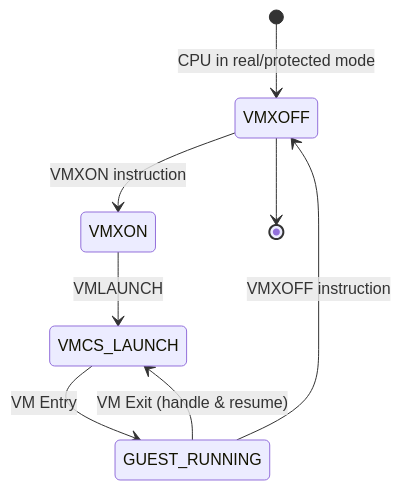
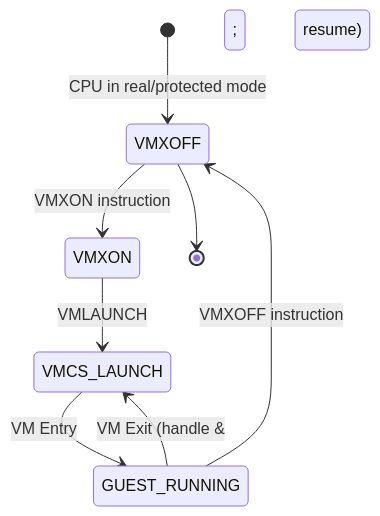
Before and after one commit to Abhinav-Kumar012/lb2: the second of 11 diagrams in src/virtualization/kvm.md, drawn with Mermaid. The commit also changed other lines of this file and 211 other files, not shown here.

First line of the commit message:
fix: mermaid syntax issues across 212 files

````diff
--- a/src/virtualization/kvm.md
+++ b/src/virtualization/kvm.md
@@ -73,10 +73,10 @@
 ```mermaid
 stateDiagram-v2
     [*] --> VMXOFF: CPU in real/protected mode
     VMXOFF --> VMXON: VMXON instruction
     VMXON --> VMCS_LAUNCH: VMLAUNCH
     VMCS_LAUNCH --> GUEST_RUNNING: VM Entry
-    GUEST_RUNNING --> VMCS_LAUNCH: VM Exit (handle & resume)
+    GUEST_RUNNING --> VMCS_LAUNCH: VM Exit (handle &amp; resume)
     GUEST_RUNNING --> VMXOFF: VMXOFF instruction
     VMXOFF --> [*]
 ```
````
